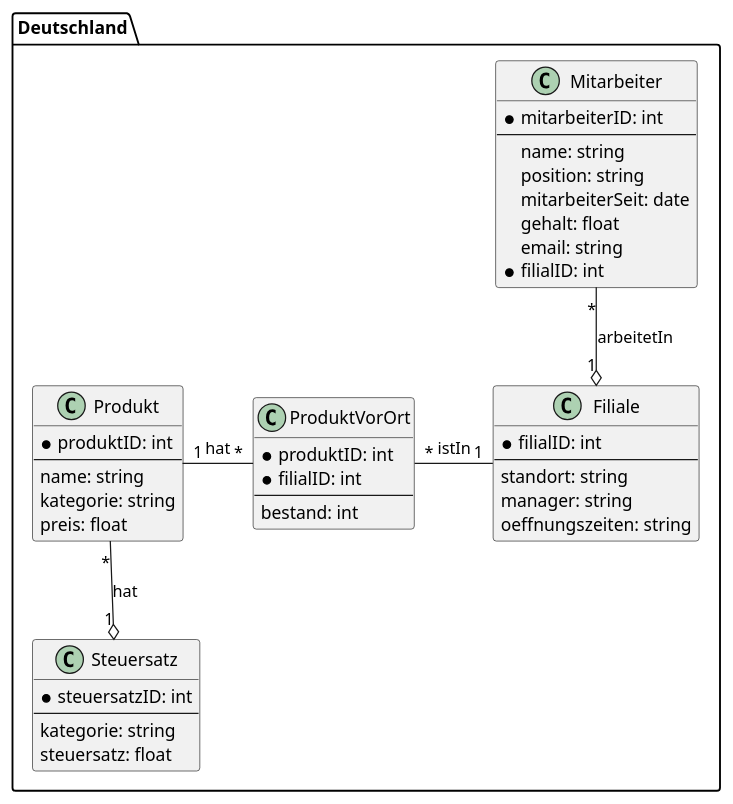
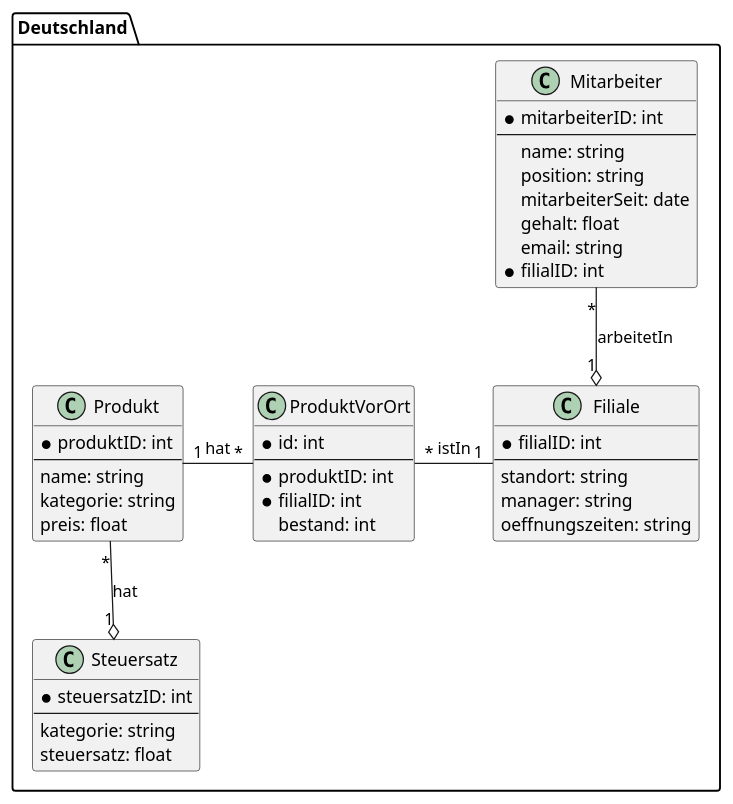
The diagram in Deutschland/Deutschland.plantuml (marius-a-mueller/avg-datenintegration), drawn with PlantUML before and after one commit.

Commit message:
id bei ProduktVorOrt hinzugefügt

```diff
--- a/Deutschland/Deutschland.plantuml
+++ b/Deutschland/Deutschland.plantuml
@@ -1,51 +1,52 @@
 @startuml Deutschland
 package Deutschland {
     class Mitarbeiter {
         *mitarbeiterID: int
         --
         name: string
         position: string
         mitarbeiterSeit: date
         gehalt: float
         email: string
         *filialID: int
     }
     
     class Produkt {
         *produktID: int
         --
         name: string
         kategorie: string
         preis: float
     }
     
     class Steuersatz {
         *steuersatzID: int
         --
         kategorie: string
         steuersatz: float
     }
     
     class ProduktVorOrt {
+        *id: int
+        --
         *produktID: int
         *filialID: int
-        --
         bestand: int
     }
     
     class Filiale {
         *filialID: int
         --
         standort: string
         manager: string
         oeffnungszeiten: string
     }
 
 Produkt "1" -right- "*" ProduktVorOrt : hat
 Filiale "1" -left- "*" ProduktVorOrt : istIn
 Mitarbeiter "*" --o "1" Filiale : arbeitetIn
 Produkt "*" --o "1" Steuersatz : hat
 
 
 }
 @enduml
```
